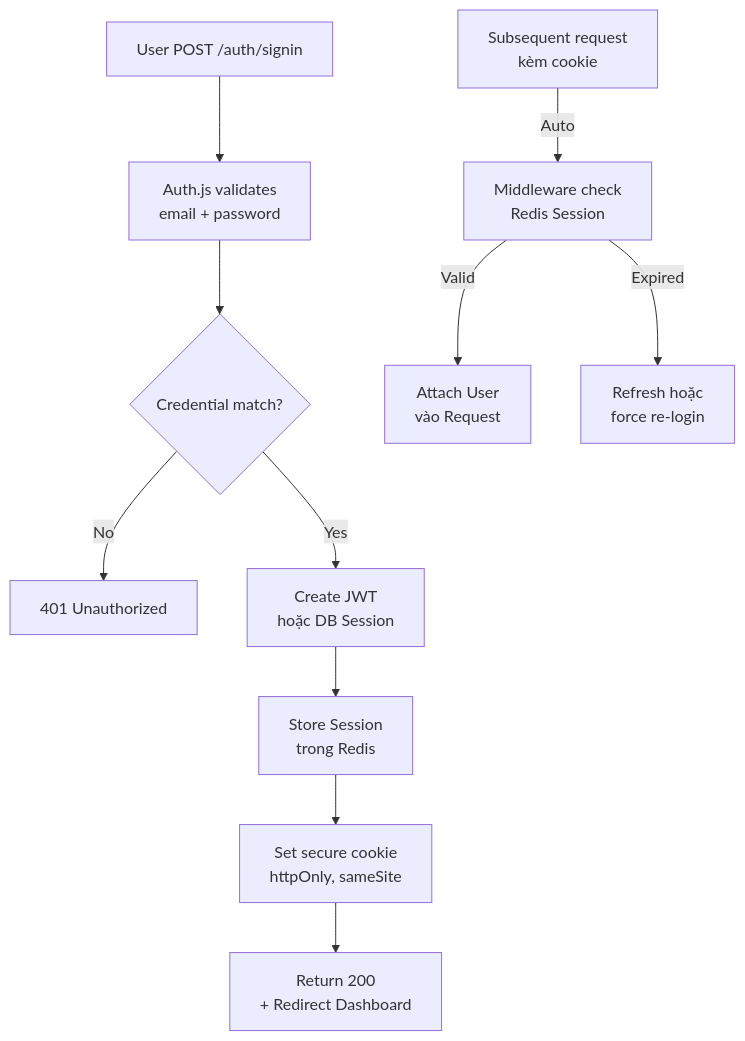
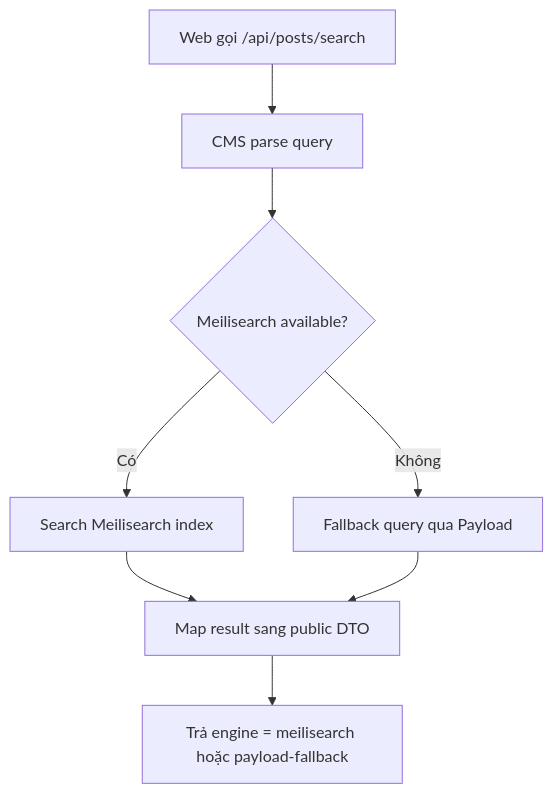
Before and after one commit to QuyenVjp/PMTL_VN: the sixth of 8 diagrams in design/00-overview/architecture-flows.mmd, drawn with Mermaid. The commit also changed other lines of this file and 38 other files, not shown here.

````diff
--- a/design/00-overview/architecture-flows.mmd
+++ b/design/00-overview/architecture-flows.mmd
@@ -71,13 +65,10 @@
 ```mermaid
 flowchart TD
-    A["User POST /auth/signin"] --> B["Auth.js validates<br/>email + password"]
-    B --> C{"Credential match?"}
-    C -->|No| D["401 Unauthorized"]
-    C -->|Yes| E["Create JWT<br/>hoặc DB Session"]
-    E --> F["Store Session<br/>trong Redis"]
-    F --> G["Set secure cookie<br/>httpOnly, sameSite"]
-    G --> H["Return 200<br/> + Redirect Dashboard"]
-    I["Subsequent request<br/>kèm cookie"] -->|Auto| J["Middleware check<br/>Redis Session"]
-    J -->|Valid| K["Attach User<br/>vào Request"]
-    J -->|Expired| L["Refresh hoặc<br/>force re-login"]
+    A["Web gọi /api/posts/search"] --> B["CMS parse query"]
+    B --> C{"Meilisearch available?"}
+    C -->|Có| D["Search Meilisearch index"]
+    C -->|Không| E["Fallback query qua Payload"]
+    D --> F["Map result sang public DTO"]
+    E --> F
+    F --> G["Trả engine = meilisearch hoặc payload-fallback"]
 ```
````
